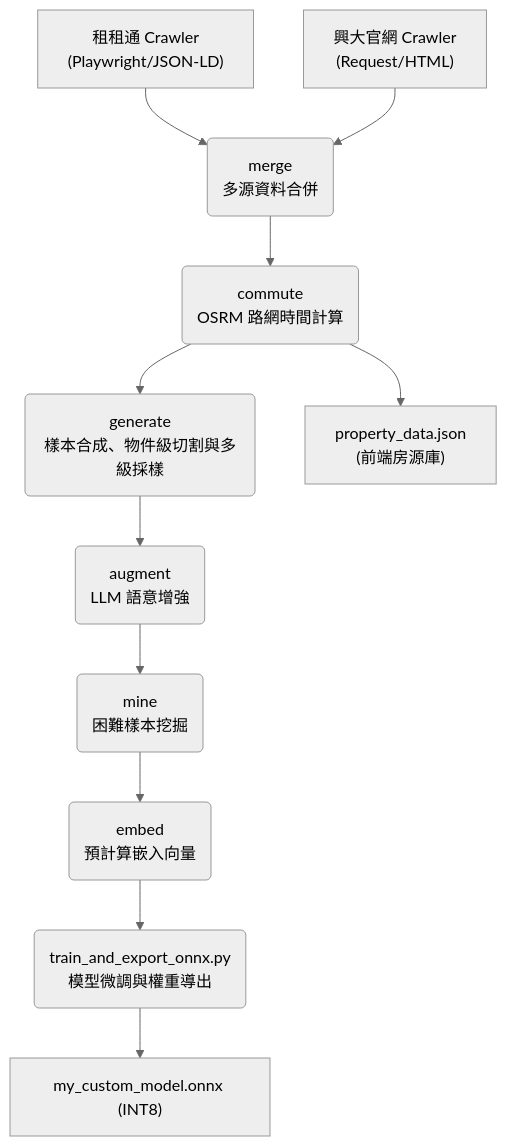
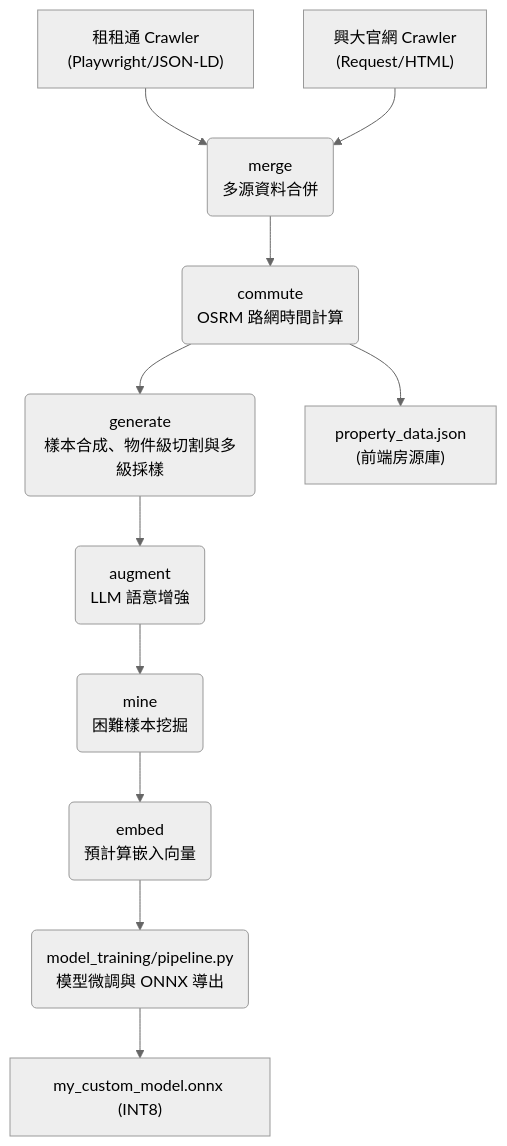
The first of 2 diagrams in README.md (eric20041027/nchu-edge-rental-ai), drawn with Mermaid (neutral theme) before and after one commit. The commit also changed other lines of this file and 1 other file, not shown here.

First line of the commit message:
fix: correct all README metrics and clean up orphaned .onnx.data

````diff
--- a/README.md
+++ b/README.md
@@ -35,13 +35,13 @@
 ```mermaid
 graph TD
     A1["租租通 Crawler\n(Playwright/JSON-LD)"] --> B("merge\n多源資料合併")
     A2["興大官網 Crawler\n(Request/HTML)"] --> B
     B --> C("commute\nOSRM 路網時間計算")
     C --> D("generate\n樣本合成、物件級切割與多級採樣")
     D --> E("augment\nLLM 語意增強")
     E --> F("mine\n困難樣本挖掘")
     F --> G("embed\n預計算嵌入向量")
-    G --> H("train_and_export_onnx.py\n模型微調與權重導出")
+    G --> H("model_training/pipeline.py\n模型微調與 ONNX 導出")
     H --> I["my_custom_model.onnx (INT8)"]
     C --> J["property_data.json\n(前端房源庫)"]
 ```
````
